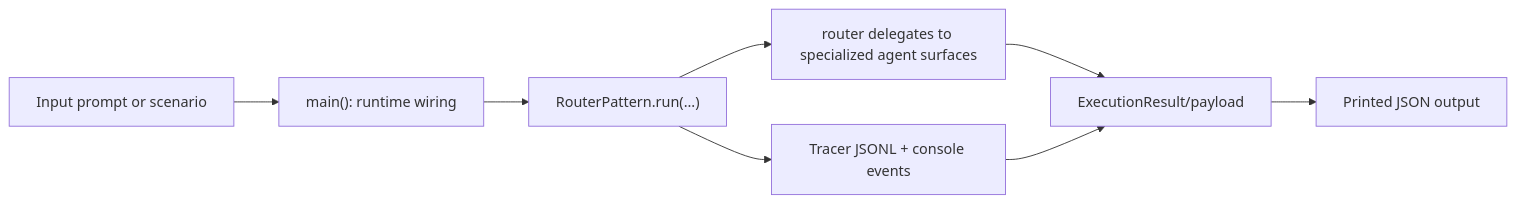
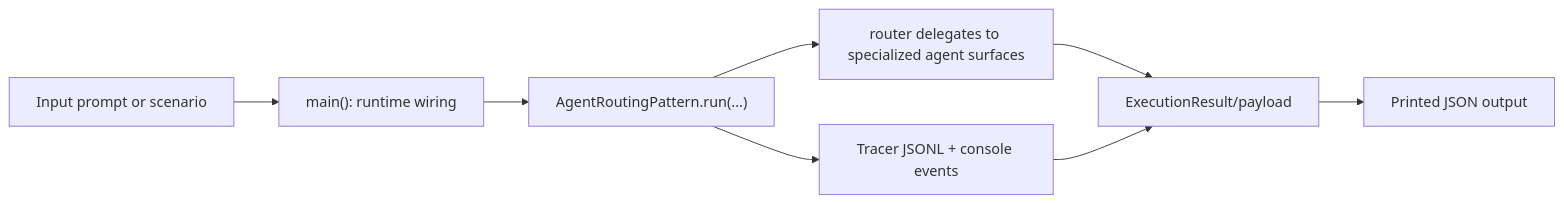
The diagram in docs/examples/patterns/agent_routing.rst (cmudrc/design-research-agents), drawn with Mermaid before and after one commit. The commit also changed other lines of this file and 87 other files, not shown here.

```diff
--- a/docs/examples/patterns/agent_routing.rst
+++ b/docs/examples/patterns/agent_routing.rst
@@ -21,10 +21,10 @@
 .. mermaid::
 
    flowchart LR
        A["Input prompt or scenario"] --> B["main(): runtime wiring"]
-       B --> C["RouterPattern.run(...)"]
+       B --> C["AgentRoutingPattern.run(...)"]
        C --> D["router delegates to specialized agent surfaces"]
        C --> E["Tracer JSONL + console events"]
        D --> F["ExecutionResult/payload"]
        E --> F
        F --> G["Printed JSON output"]
```
